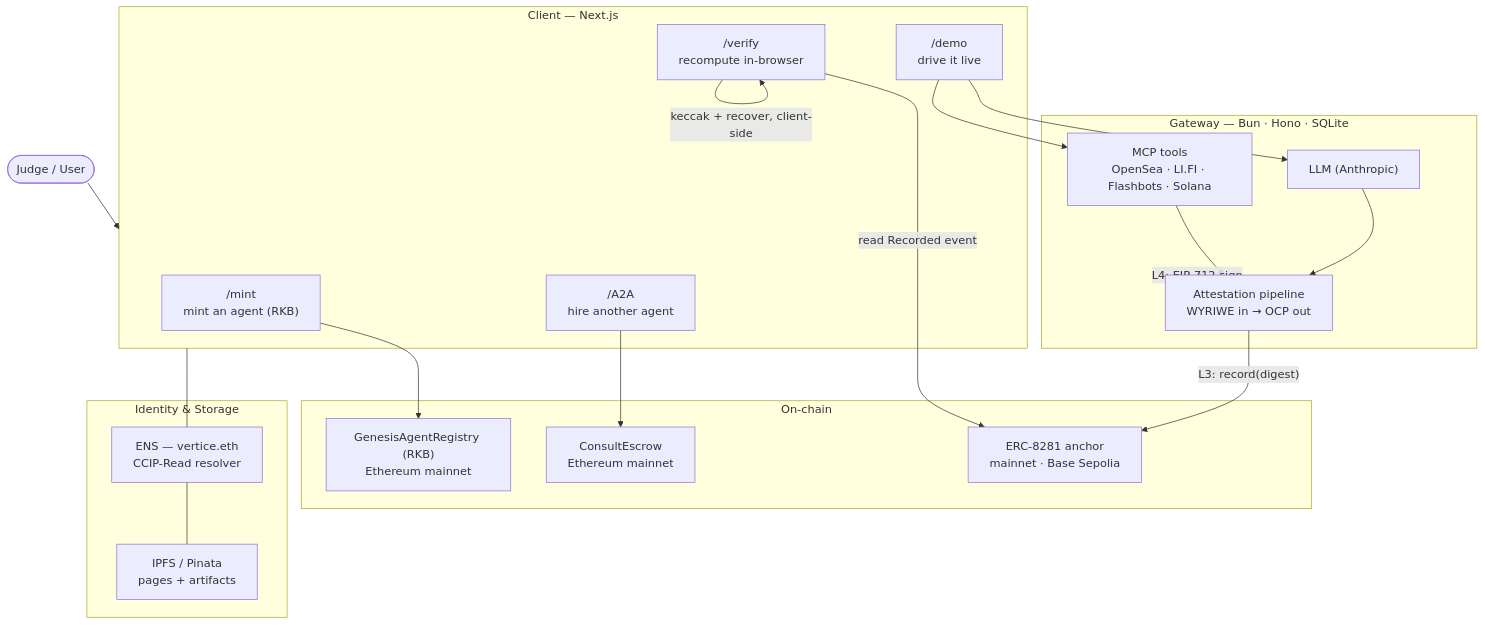
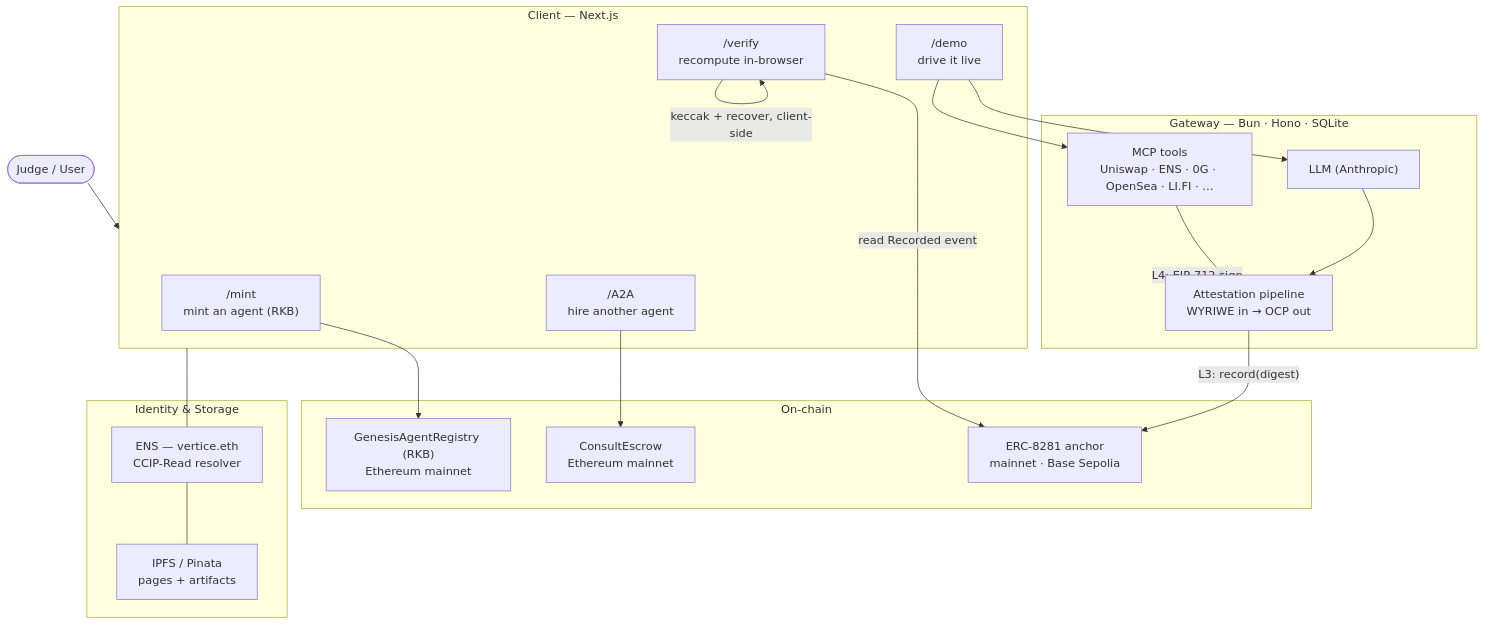
Before and after one commit to Echo-Merlini/verifiable-agents: the diagram in README.md, drawn with Mermaid. The commit also changed other lines of this file, not shown here.

First line of the commit message:
readme: surface the prize MCP tracks (ENS-write + contenthash, Uniswap, 0G)

````diff
--- a/README.md
+++ b/README.md
@@ -41,42 +41,42 @@
 ```mermaid
 flowchart TB
     Judge(["Judge / User"])
 
     subgraph client["Client — Next.js"]
         M["/mint<br/>mint an agent (RKB)"]
         D["/demo<br/>drive it live"]
         A["/A2A<br/>hire another agent"]
         V["/verify<br/>recompute in-browser"]
     end
 
     subgraph gw["Gateway — Bun · Hono · SQLite"]
         LLM["LLM (Anthropic)"]
-        MCP["MCP tools<br/>OpenSea · LI.FI · Flashbots · Solana"]
+        MCP["MCP tools<br/>Uniswap · ENS · 0G · OpenSea · LI.FI · …"]
         ATT["Attestation pipeline<br/>WYRIWE in → OCP out"]
     end
 
     subgraph chain["On-chain"]
         REG["GenesisAgentRegistry (RKB)<br/>Ethereum mainnet"]
         ESC["ConsultEscrow<br/>Ethereum mainnet"]
         ANC["ERC-8281 anchor<br/>mainnet · Base Sepolia"]
     end
 
     subgraph id["Identity & Storage"]
         ENS["ENS — vertice.eth<br/>CCIP-Read resolver"]
         IPFS["IPFS / Pinata<br/>pages + artifacts"]
     end
 
     Judge --> client
     M --> REG
     D --> LLM
     D --> MCP
     A --> ESC
     LLM --> ATT
     MCP --> ATT
     ATT -->|"L3: record(digest)"| ANC
     ATT -->|"L4: EIP-712 sign"| gw
     V -->|"read Recorded event"| ANC
     V -->|"keccak + recover, client-side"| V
     ENS --- IPFS
     client --- ENS
 ```
````
